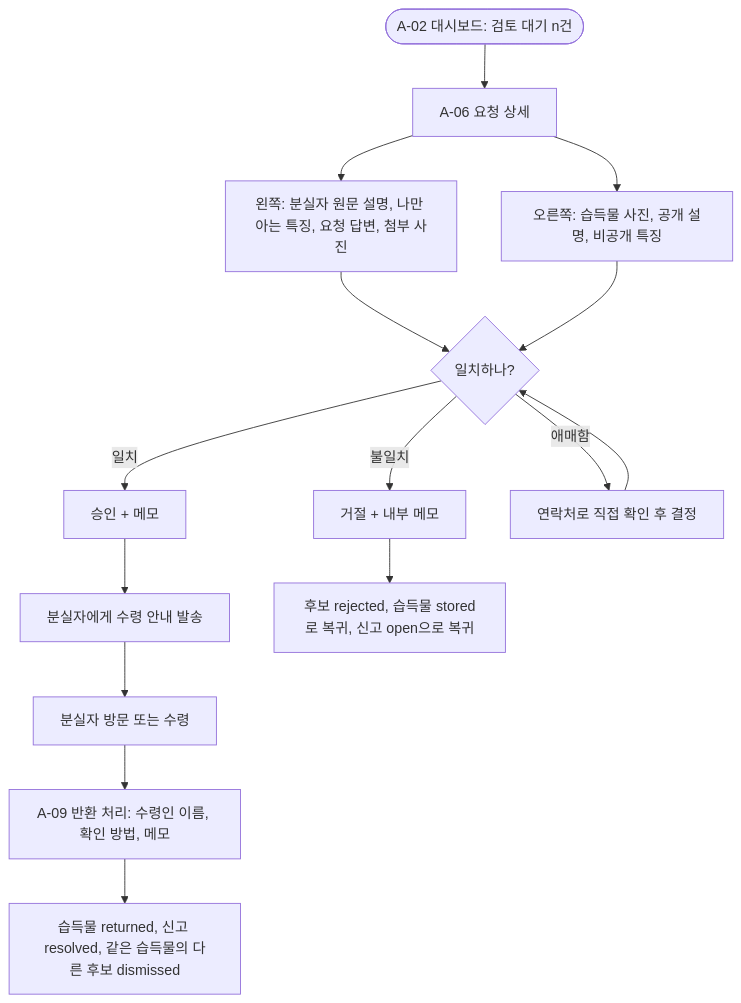
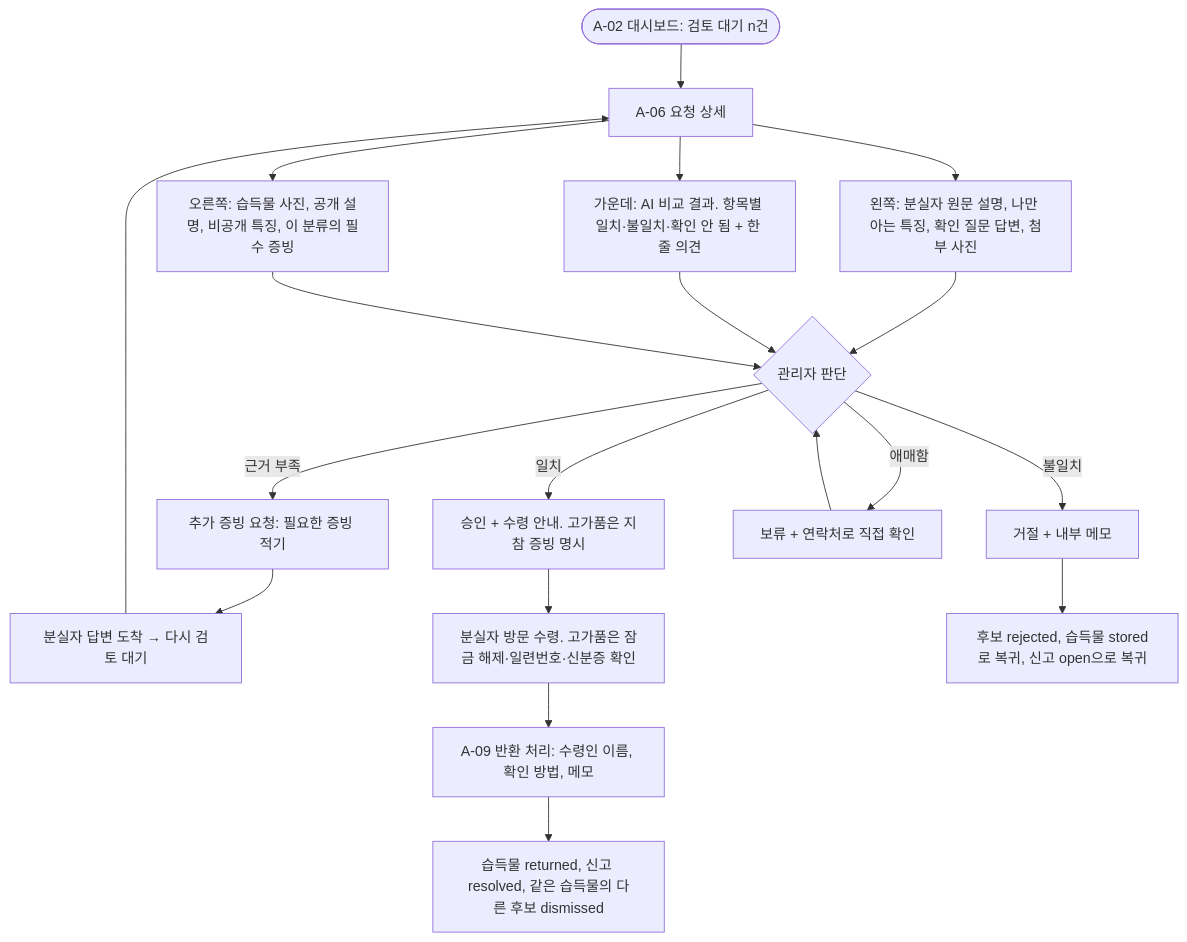
The seventh of 13 diagrams in docs/02-user-flows.md (wjddns0122/itsme), drawn with Mermaid before and after one commit. The commit also changed other lines of this file and 14 other files, not shown here.

````diff
--- a/docs/02-user-flows.md
+++ b/docs/02-user-flows.md
@@ -142,17 +167,21 @@
 ```mermaid
 flowchart TD
     E0(["A-02 대시보드: 검토 대기 n건"]) --> E1["A-06 요청 상세"]
-    E1 --> E2["왼쪽: 분실자 원문 설명, 나만 아는 특징, 요청 답변, 첨부 사진"]
-    E1 --> E3["오른쪽: 습득물 사진, 공개 설명, 비공개 특징"]
-    E2 --> E4{"일치하나?"}
-    E3 --> E4
-    E4 -->|"일치"| E5["승인 + 메모"]
-    E4 -->|"불일치"| E6["거절 + 내부 메모"]
-    E4 -->|"애매함"| E7["연락처로 직접 확인 후 결정"]
-    E7 --> E4
-    E5 --> E8["분실자에게 수령 안내 발송"]
-    E8 --> E9["분실자 방문 또는 수령"]
-    E9 --> E10["A-09 반환 처리: 수령인 이름, 확인 방법, 메모"]
-    E10 --> E11["습득물 returned, 신고 resolved, 같은 습득물의 다른 후보 dismissed"]
-    E6 --> E12["후보 rejected, 습득물 stored로 복귀, 신고 open으로 복귀"]
+    E1 --> E2["왼쪽: 분실자 원문 설명, 나만 아는 특징, 확인 질문 답변, 첨부 사진"]
+    E1 --> E3["가운데: AI 비교 결과. 항목별 일치·불일치·확인 안 됨 + 한 줄 의견"]
+    E1 --> E4["오른쪽: 습득물 사진, 공개 설명, 비공개 특징, 이 분류의 필수 증빙"]
+    E2 --> E5{"관리자 판단"}
+    E3 --> E5
+    E4 --> E5
+    E5 -->|"일치"| E6["승인 + 수령 안내. 고가품은 지참 증빙 명시"]
+    E5 -->|"근거 부족"| E7["추가 증빙 요청: 필요한 증빙 적기"]
+    E7 --> E8["분실자 답변 도착 → 다시 검토 대기"]
+    E8 --> E1
+    E5 -->|"불일치"| E9["거절 + 내부 메모"]
+    E5 -->|"애매함"| E10["보류 + 연락처로 직접 확인"]
+    E10 --> E5
+    E6 --> E11["분실자 방문 수령. 고가품은 잠금 해제·일련번호·신분증 확인"]
+    E11 --> E12["A-09 반환 처리: 수령인 이름, 확인 방법, 메모"]
+    E12 --> E13["습득물 returned, 신고 resolved, 같은 습득물의 다른 후보 dismissed"]
+    E9 --> E14["후보 rejected, 습득물 stored로 복귀, 신고 open으로 복귀"]
 ```
````
